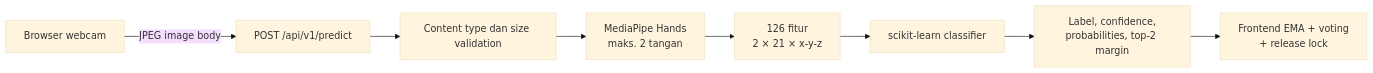
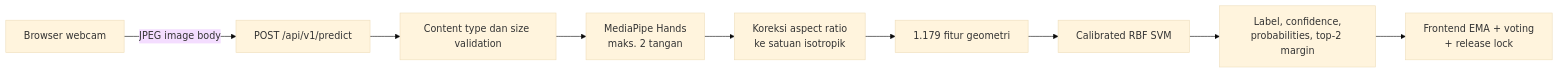
Before and after one commit to hanisamaliaa/SignLearn: the diagram in ai/README.md, drawn with Mermaid (base theme). The commit also changed other lines of this file and 2 other files, not shown here.

````diff
--- a/ai/README.md
+++ b/ai/README.md
@@ -27,10 +33,11 @@
 ```mermaid
 flowchart LR
     browser["Browser webcam"] -->|"JPEG image body"| api["POST /api/v1/predict"]
     api --> validation["Content type dan size validation"]
     validation --> mp["MediaPipe Hands<br/>maks. 2 tangan"]
-    mp --> features["126 fitur<br/>2 × 21 × x-y-z"]
-    features --> classifier["scikit-learn classifier"]
+    mp --> iso["Koreksi aspect ratio<br/>ke satuan isotropik"]
+    iso --> features["1.179 fitur geometri"]
+    features --> classifier["Calibrated RBF SVM"]
     classifier --> response["Label, confidence,<br/>probabilities, top-2 margin"]
     response --> stabilizer["Frontend EMA + voting<br/>+ release lock"]
 ```
````
